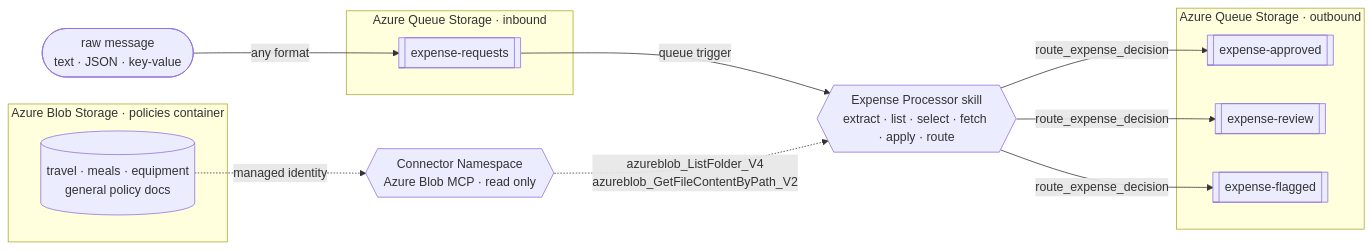
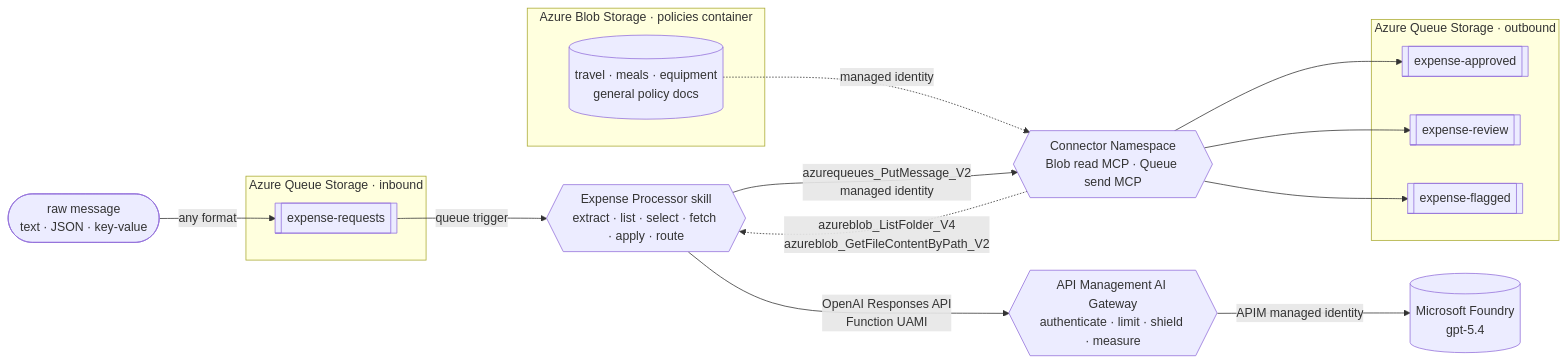
The diagram in docs/how-it-works.md (Azure-Samples/expense-processor), drawn with Mermaid before and after one commit. The commit also changed other lines of this file and 22 other files, not shown here.

First line of the commit message:
Add governed AI gateway and queue MCP routing

````diff
--- a/docs/how-it-works.md
+++ b/docs/how-it-works.md
@@ -28,29 +28,34 @@
 ```mermaid
 flowchart LR
     msg([raw message<br/>text · JSON · key-value])
 
     subgraph inbound["Azure Queue Storage · inbound"]
         inq[[expense-requests]]
     end
 
     subgraph policies["Azure Blob Storage · policies container"]
         pdocs[(travel · meals · equipment<br/>general policy docs)]
     end
 
-    connector{{Connector Namespace<br/>Azure Blob MCP · read only}}
+    connector{{Connector Namespace<br/>Blob read MCP · Queue send MCP}}
     skill{{Expense Processor skill<br/>extract · list · select · fetch · apply · route}}
+    gateway{{API Management AI Gateway<br/>authenticate · limit · shield · measure}}
+    model[(Microsoft Foundry<br/>gpt-5.4)]
 
     subgraph outbound["Azure Queue Storage · outbound"]
         approved[[expense-approved]]
         review[[expense-review]]
         flagged[[expense-flagged]]
     end
 
     msg -->|any format| inq
     inq -->|queue trigger| skill
     pdocs -. managed identity .-> connector
     connector -. azureblob_ListFolder_V4<br/>azureblob_GetFileContentByPath_V2 .-> skill
-    skill -->|route_expense_decision| approved
-    skill -->|route_expense_decision| review
-    skill -->|route_expense_decision| flagged
+    skill -->|OpenAI Responses API<br/>Function UAMI| gateway
+    gateway -->|APIM managed identity| model
+    skill -->|azurequeues_PutMessage_V2<br/>managed identity| connector
+    connector --> approved
+    connector --> review
+    connector --> flagged
 ```
````
